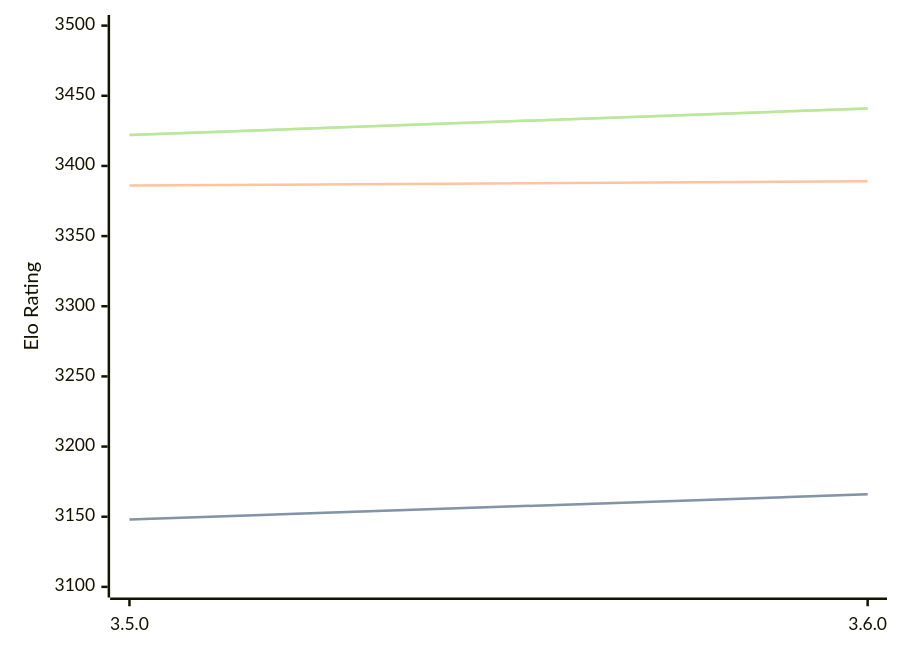
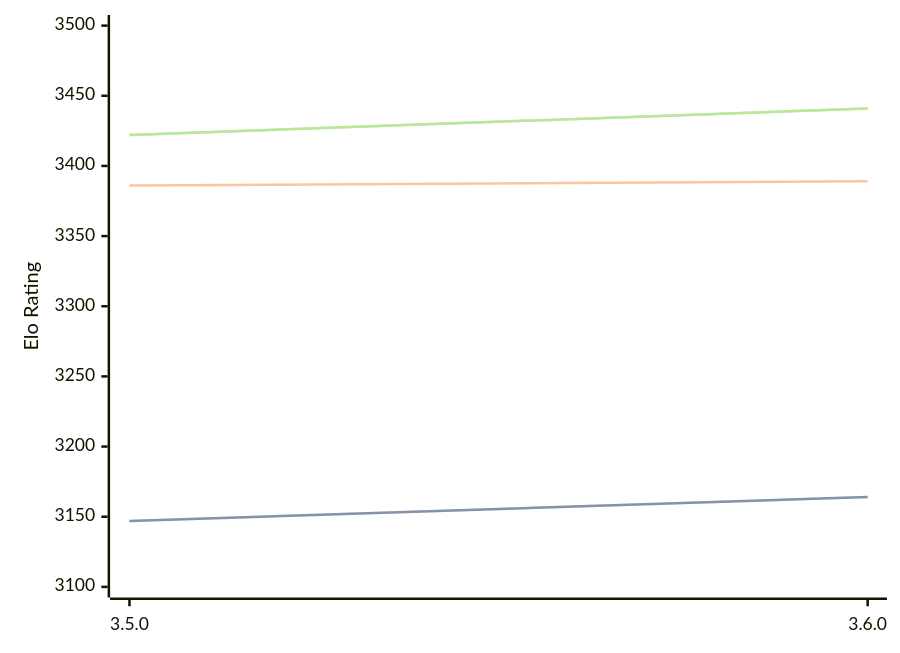
One commit to computer-chess-index/cci changed the diagram in engines/Igel.md. Above: the diagram before and after it, drawn with Mermaid. The commit also changed other lines of this file, not shown here.

````diff
--- a/engines/Igel.md
+++ b/engines/Igel.md
@@ -68,11 +68,11 @@
 ```mermaid
 %%{init: {"theme":"base","themeVariables":{"seriesColors:['#a3a3a3','#222221','#faa371']}}}%%
 xychart-beta
   x-axis ["3.5.0", "3.6.0"]
   y-axis "Elo Rating" 3100 --> 3500
-  line "STC (8.0+0.08s)" [3148, 3166]
-  line "STC (8.0+0.08s)" [3148, 3166]
+  line "STC (8.0+0.08s)" [3147, 3164]
+  line "STC (8.0+0.08s)" [3147, 3164]
   line "LTC (60.0+0.60s)" [3386, 3389]
   line "VLTC (2m24s+1.12s)" [3422, 3441]
   line "VLTC (2m24s+1.12s)" [3422, 3441]
 ```
````
